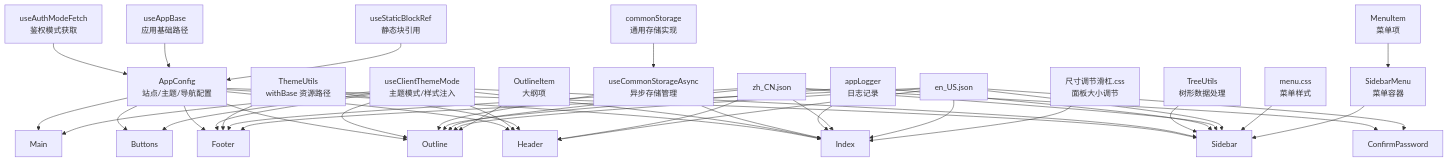
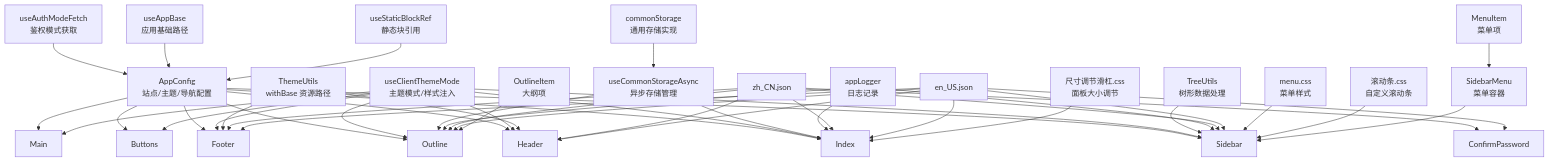
Before and after one commit to terwer/siyuan-plugin-blog: the second of 15 diagrams in .qoder/repowiki/zh/content/核心功能/UI 组件系统/UI 组件系统.md, drawn with Mermaid. The commit also changed other lines of this file and 3 other files, not shown here.

````diff
--- a/.qoder/repowiki/zh/content/核心功能/UI 组件系统/UI 组件系统.md
+++ b/.qoder/repowiki/zh/content/核心功能/UI 组件系统/UI 组件系统.md
@@ -257,46 +288,47 @@
 ```mermaid
 graph TB
 AC["AppConfig<br/>站点/主题/导航配置"] --> H["Header"]
 AC --> F["Footer"]
 AC --> S["Sidebar"]
 AC --> I["Index"]
 AC --> O["Outline"]
 AC --> B["Buttons"]
 AC --> M["Main"]
 TM["useClientThemeMode<br/>主题模式/样式注入"] --> H
 TM --> F
 TM --> S
 TM --> I
 TM --> O
 TM --> B
 TM --> M
 UCS["useCommonStorageAsync<br/>异步存储管理"] --> I
 UCS --> O
 CS["commonStorage<br/>通用存储实现"] --> UCS
 AF["useAuthModeFetch<br/>鉴权模式获取"] --> AC
 AB["useAppBase<br/>应用基础路径"] --> AC
 TU["ThemeUtils<br/>withBase 资源路径"] --> H
 TU --> F
 TR["TreeUtils<br/>树形数据处理"] --> S
 AL["appLogger<br/>日志记录"] --> S
 AL --> I
 AL --> O
 BSR["useStaticBlockRef<br/>静态块引用"] --> AC
 ZH["zh_CN.json"] --> H
 ZH --> F
 ZH --> S
 ZH --> I
 ZH --> O
 ZH --> CP["ConfirmPassword"]
 EN["en_US.json"] --> H
 EN --> F
 EN --> S
 EN --> I
 EN --> O
 EN --> CP
 MCSS["menu.css<br/>菜单样式"] --> S
 SLIDER["尺寸调节滑杠.css<br/>面板大小调节"] --> I
+SCROLL["滚动条.css<br/>自定义滚动条"] --> S
 SM["SidebarMenu<br/>菜单容器"] --> S
 MI["MenuItem<br/>菜单项"] --> SM
 OI["OutlineItem<br/>大纲项"] --> O
 ```
````
